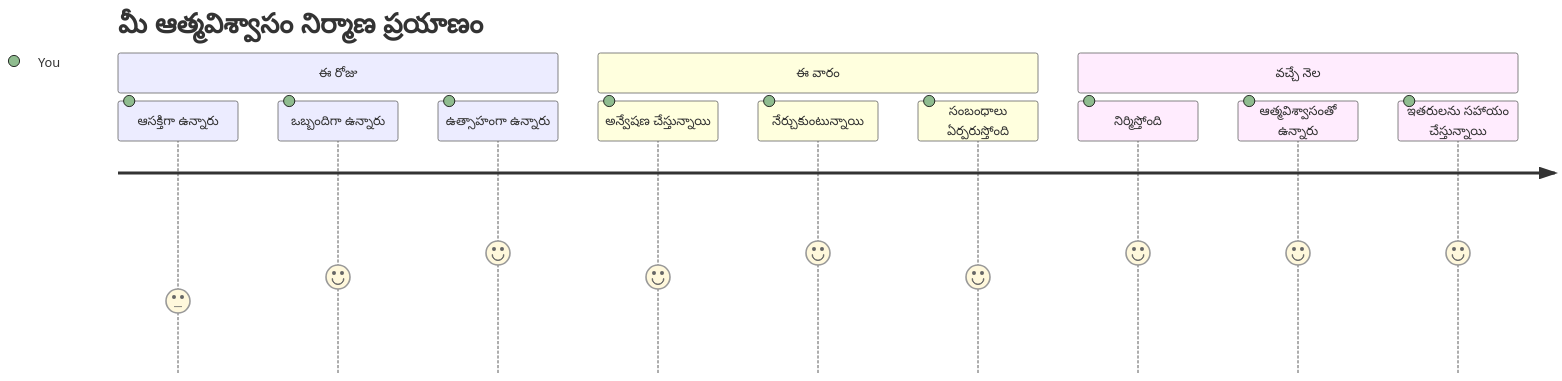
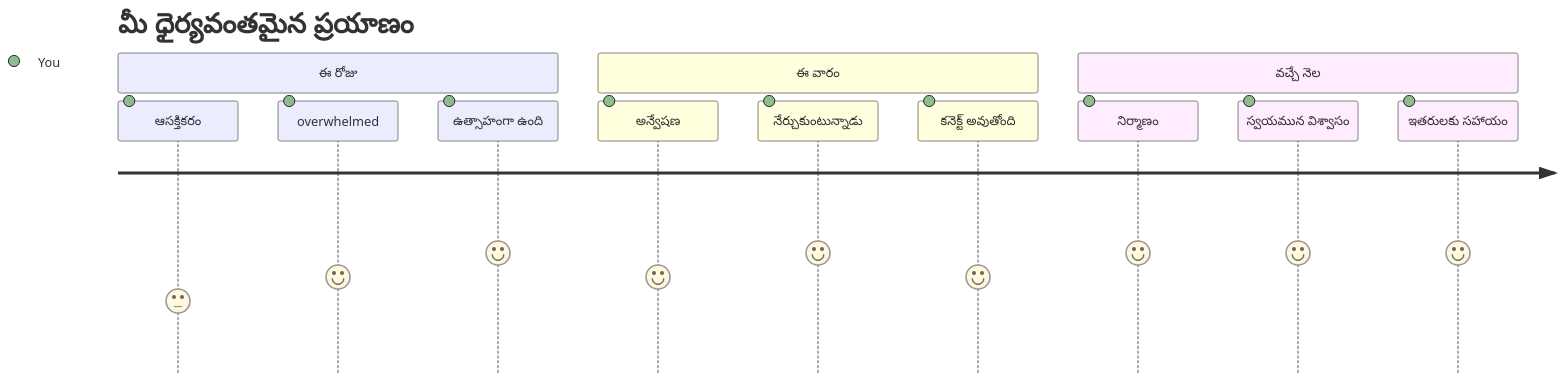
Before and after one commit to microsoft/Web-Dev-For-Beginners: the seventh of 7 diagrams in translations/te/1-getting-started-lessons/1-intro-to-programming-languages/README.md, drawn with Mermaid. The commit also changed other lines of this file and 8 other files, not shown here.

````diff
--- a/translations/te/1-getting-started-lessons/1-intro-to-programming-languages/README.md
+++ b/translations/te/1-getting-started-lessons/1-intro-to-programming-languages/README.md
@@ -825,16 +826,16 @@
 ```mermaid
 journey
-    title మీ ఆత్మవిశ్వాసం నిర్మాణ ప్రయాణం
+    title మీ ధైర్యవంతమైన ప్రయాణం
     section ఈ రోజు
-      ఆసక్తిగా ఉన్నారు: 3: You
-      ఒబ్బందిగా ఉన్నారు: 4: You
-      ఉత్సాహంగా ఉన్నారు: 5: You
+      ఆసక్తికరం: 3: You
+      overwhelmed: 4: You
+      ఉత్సాహంగా ఉంది: 5: You
     section ఈ వారం
-      అన్వేషణ చేస్తున్నాయి: 4: You
-      నేర్చుకుంటున్నాయి: 5: You
-      సంబంధాలు ఏర్పరుస్తోంది: 4: You
+      అన్వేషణ: 4: You
+      నేర్చుకుంటున్నాడు: 5: You
+      కనెక్ట్ అవుతోంది: 4: You
     section వచ్చే నెల
-      నిర్మిస్తోంది: 5: You
-      ఆత్మవిశ్వాసంతో ఉన్నారు: 5: You
-      ఇతరులను సహాయం చేస్తున్నాయి: 5: You
+      నిర్మాణం: 5: You
+      స్వయమున విశ్వాసం: 5: You
+      ఇతరులకు సహాయం: 5: You
 ```
````
